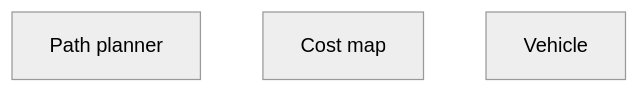
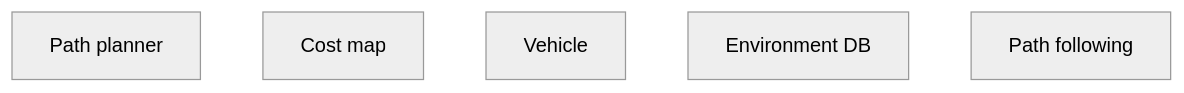
One commit to henrikuuste/codejam22-template changed the first of 2 diagrams in docs/vault/api.md. Above: the diagram before and after it, drawn with Mermaid (neutral theme). The commit also changed other lines of this file and 16 other files, not shown here.

````diff
--- a/docs/vault/api.md
+++ b/docs/vault/api.md
@@ -12,6 +31,8 @@
 ```mermaid
 flowchart TD;
   PP[Path planner]
   CM[Cost map]
   V[Vehicle]
+  EDB[Environment DB]
+  PF[Path following]
 ```
````
